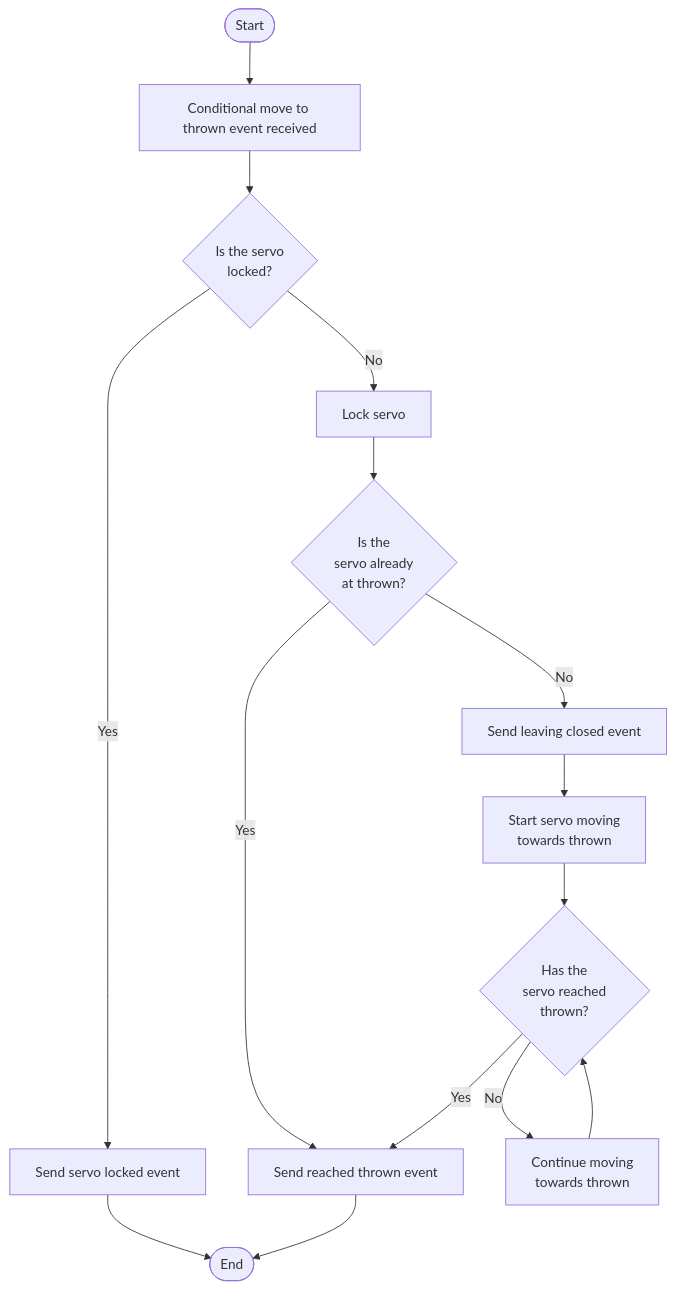
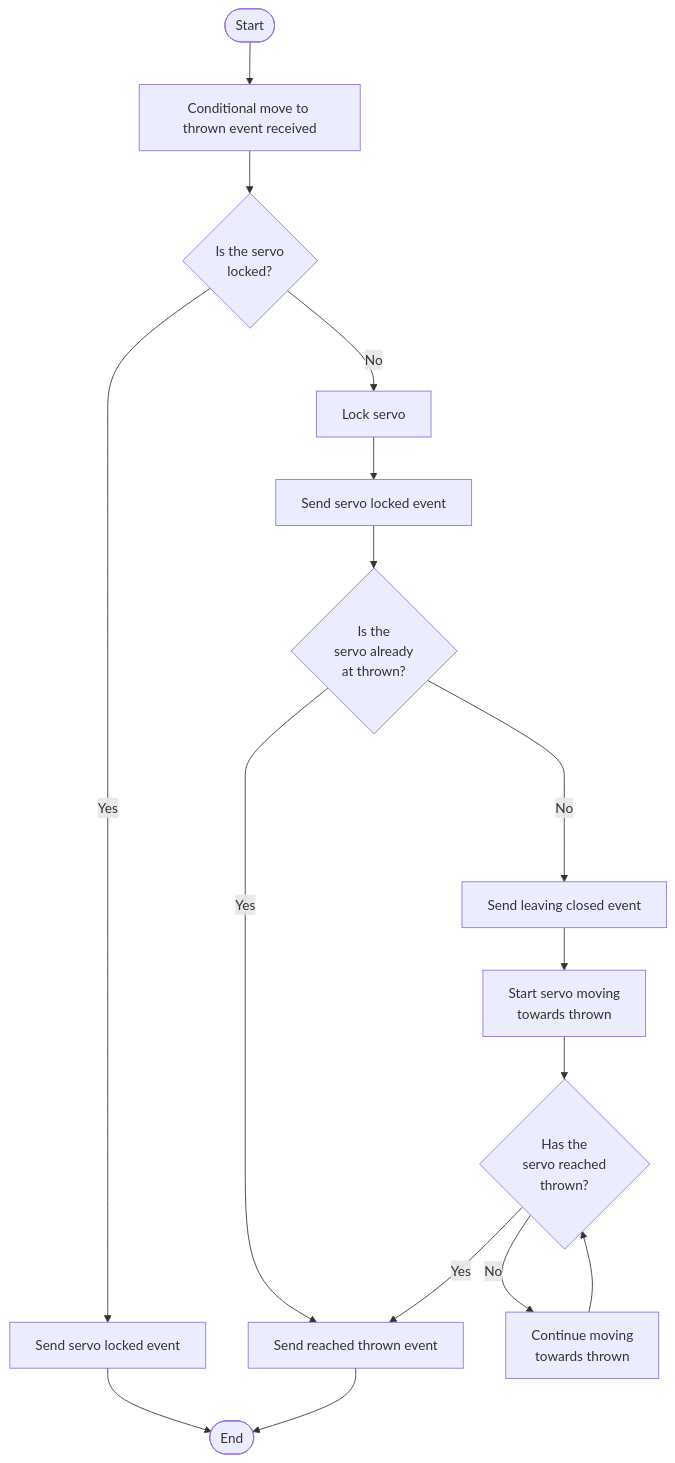
Before and after one commit to JohnCallingham/LCC_SERVO: the diagram in documents/flowcharts/Conditional_move_from_closed_to_thrown.md, drawn with Mermaid. The commit also changed 2 other files, not shown here.

Commit message:
Send locked event when just locked

````diff
--- a/documents/flowcharts/Conditional_move_from_closed_to_thrown.md
+++ b/documents/flowcharts/Conditional_move_from_closed_to_thrown.md
@@ -5,35 +5,37 @@
 ``` mermaid
 
 flowchart TD;
 %% define the nodes ...
 A([Start])
 B[Conditional move to thrown event received]
 C{Is the servo<br>locked?}
 D[Send servo locked event]
 E[Lock servo]
 F{Is the<br>servo already<br>at thrown?}
 G[Send reached thrown event]
 H[Send leaving closed event]
 I[Start servo moving<br>towards thrown]
 J{Has the<br>servo reached<br>thrown?}
 K[Continue moving<br>towards thrown]
 L([End])
+M[Send servo locked event]
 
 
 %% ... then define the links.
 A --> B
 B --> C
 C --> |Yes| D
 C --> |No| E
-E --> F
-F ----> |Yes| G
-F --> |No| H
+E --> M
+M --> F
+F --> |Yes| G
+F ----> |No| H
 H --> I
 I --> J
 J --> |Yes| G
 J --> |No| K
 K --> J
 
 D --> L
 G --> L
 ```
````
